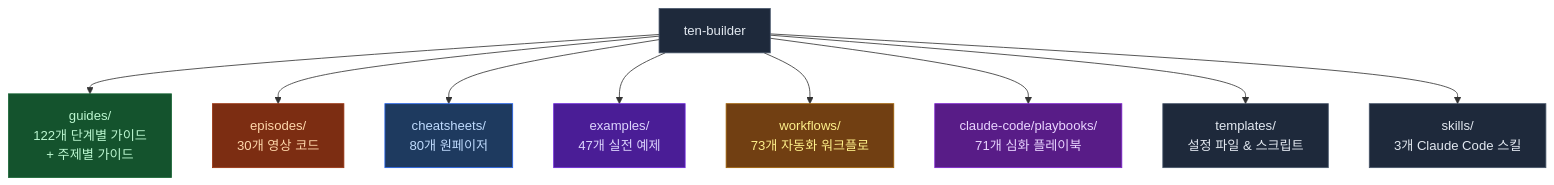
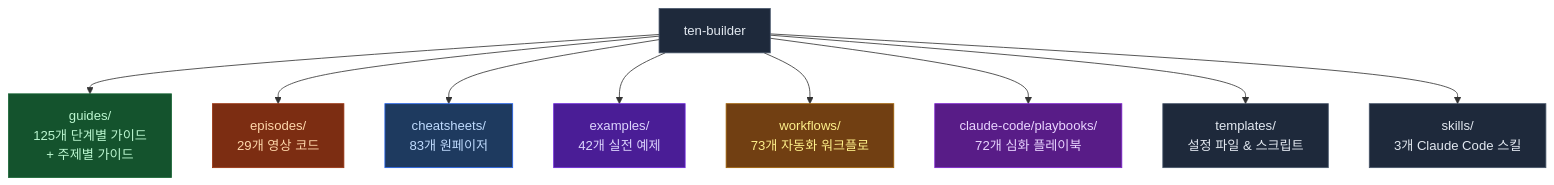
Before and after one commit to ten-builder/ten-builder: the first of 2 diagrams in README.md, drawn with Mermaid. The commit also changed other lines of this file, not shown here.

Commit message:
docs: README sync — guides 123-125, 2 workflows, update counts

````diff
--- a/README.md
+++ b/README.md
@@ -23,21 +23,21 @@
 ```mermaid
 flowchart TD
-    R["ten-builder"] --> G["guides/\n122개 단계별 가이드\n+ 주제별 가이드"]
-    R --> E["episodes/\n30개 영상 코드"]
-    R --> C["cheatsheets/\n80개 원페이저"]
-    R --> EX["examples/\n47개 실전 예제"]
+    R["ten-builder"] --> G["guides/\n125개 단계별 가이드\n+ 주제별 가이드"]
+    R --> E["episodes/\n29개 영상 코드"]
+    R --> C["cheatsheets/\n83개 원페이저"]
+    R --> EX["examples/\n42개 실전 예제"]
     R --> W["workflows/\n73개 자동화 워크플로"]
-    R --> P["claude-code/playbooks/\n71개 심화 플레이북"]
+    R --> P["claude-code/playbooks/\n72개 심화 플레이북"]
     R --> T["templates/\n설정 파일 & 스크립트"]
     R --> S["skills/\n3개 Claude Code 스킬"]
 
     style R fill:#1e293b,stroke:#475569,color:#e2e8f0
     style G fill:#14532d,stroke:#166534,color:#bbf7d0
     style E fill:#7c2d12,stroke:#9a3412,color:#fed7aa
     style C fill:#1e3a5f,stroke:#2563eb,color:#bfdbfe
     style EX fill:#4a1d96,stroke:#6d28d9,color:#ddd6fe
     style W fill:#713f12,stroke:#a16207,color:#fef08a
     style P fill:#581c87,stroke:#7e22ce,color:#e9d5ff
     style T fill:#1e293b,stroke:#475569,color:#e2e8f0
     style S fill:#1e293b,stroke:#475569,color:#e2e8f0
 ```
````
